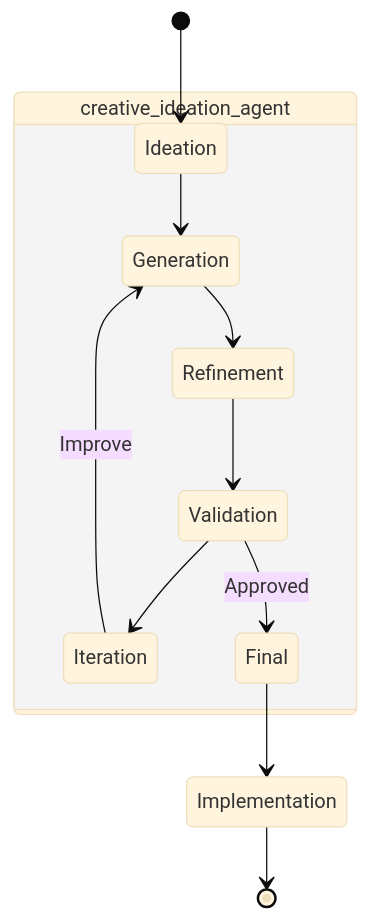
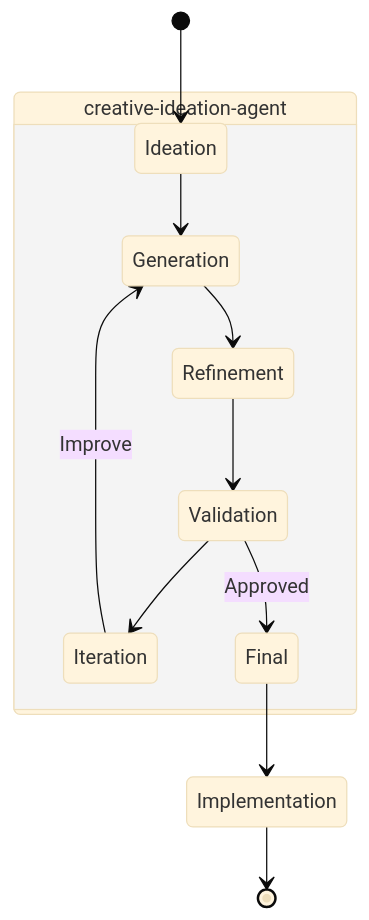
Before and after one commit to phamhung075/4genthub: the ninth of 17 diagrams in ai_docs/development-guides/agent-flow-diagrams.md, drawn with Mermaid (base theme). The commit also changed other lines of this file and 686 other files, not shown here.

````diff
--- a/ai_docs/development-guides/agent-flow-diagrams.md
+++ b/ai_docs/development-guides/agent-flow-diagrams.md
@@ -201,16 +201,16 @@
 ```mermaid
 stateDiagram-v2
     [*] --> Ideation
     
-    state creative_ideation_agent {
+    state creative-ideation-agent {
         Ideation --> Generation
         Generation --> Refinement
         Refinement --> Validation
         Validation --> Iteration
         Iteration --> Generation: Improve
         Validation --> Final: Approved
     }
     
     Final --> Implementation
     Implementation --> [*]
 ```
````
